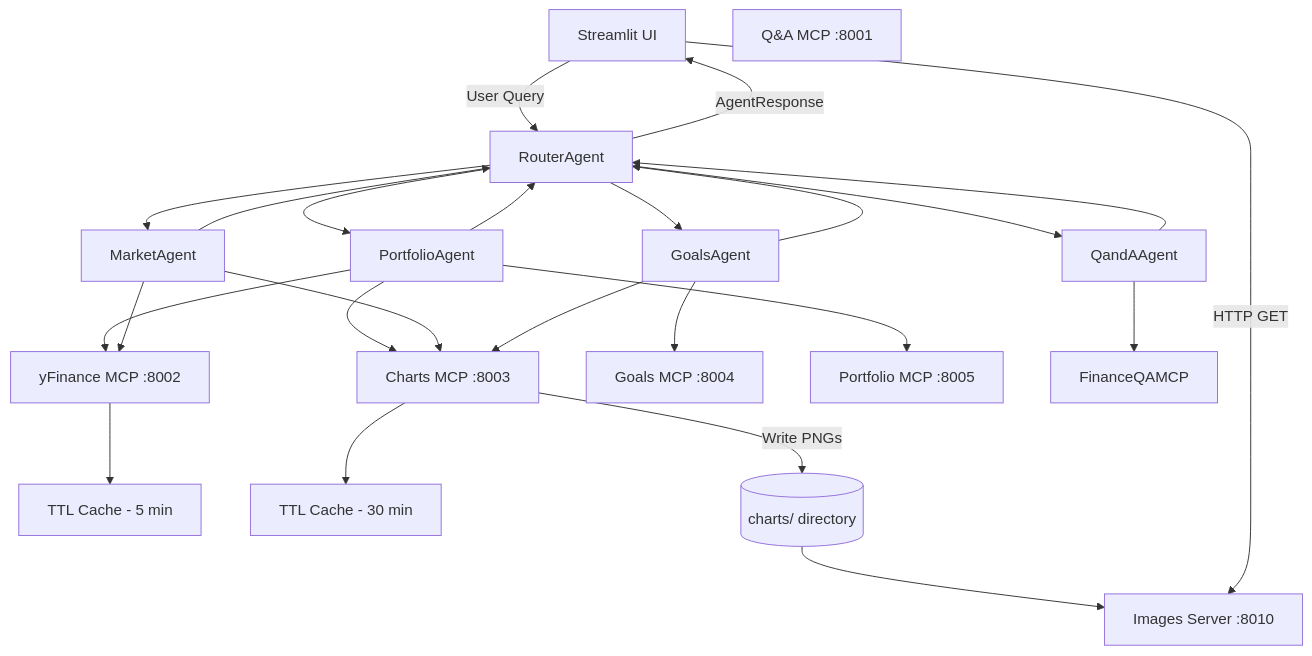
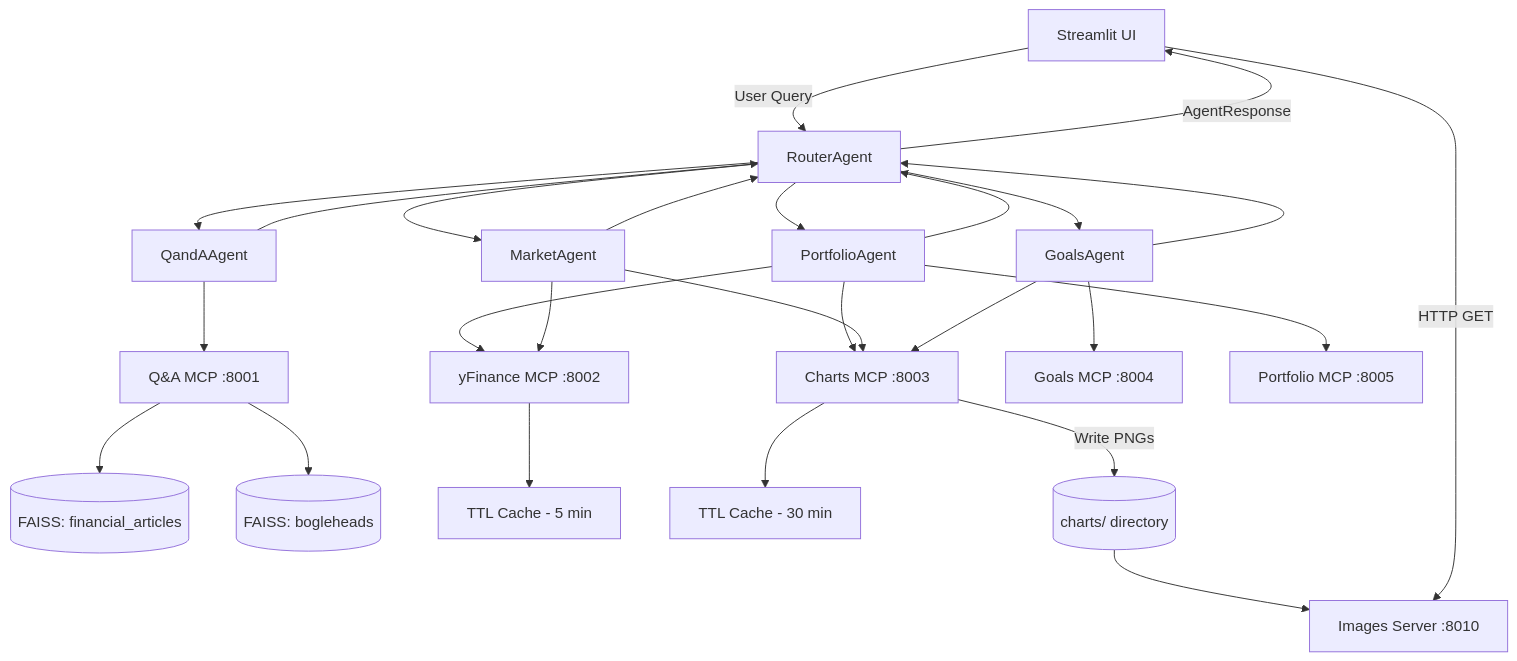
One commit to numberpete/finnie_ai changed the first of 2 diagrams in README.md. Above: the diagram before and after it, drawn with Mermaid. The commit also changed other lines of this file, not shown here.

Commit message:
corrected architecture

````diff
--- a/README.md
+++ b/README.md
@@ -155,55 +155,61 @@
 ```mermaid
 flowchart TB
     UI[Streamlit UI]
     Router[RouterAgent]
     
     PortfolioAgent[PortfolioAgent]
     MarketAgent[MarketAgent]
     GoalsAgent[GoalsAgent]
     QandAAgent[QandAAgent]
     
     QAMCP[Q&A MCP :8001]
     YFinanceMCP[yFinance MCP :8002]
     ChartsMCP[Charts MCP :8003]
     GoalsMCP[Goals MCP :8004]
     PortfolioMCP[Portfolio MCP :8005]
+    
+    FAISS1[(FAISS: financial_articles)]
+    FAISS2[(FAISS: bogleheads)]
     
     YFinanceCache[TTL Cache - 5 min]
     ChartsCache[TTL Cache - 30 min]
     
     ImagesServer[Images Server :8010]
     ChartStorage[(charts/ directory)]
     
     UI -->|User Query| Router
     
     Router --> PortfolioAgent
     Router --> MarketAgent
     Router --> GoalsAgent
     Router --> QandAAgent
     
     PortfolioAgent --> PortfolioMCP
     PortfolioAgent --> YFinanceMCP
     PortfolioAgent --> ChartsMCP
     
     MarketAgent --> YFinanceMCP
     MarketAgent --> ChartsMCP
     
     GoalsAgent --> GoalsMCP
     GoalsAgent --> ChartsMCP
     
-    QandAAgent --> FinanceQAMCP
+    QandAAgent --> QAMCP
+    
+    QAMCP --> FAISS1
+    QAMCP --> FAISS2
     
     YFinanceMCP --> YFinanceCache
     ChartsMCP --> ChartsCache
     
     ChartsMCP -->|Write PNGs| ChartStorage
     ChartStorage --> ImagesServer
     UI -->|HTTP GET| ImagesServer
     
     PortfolioAgent --> Router
     MarketAgent --> Router
     GoalsAgent --> Router
     QandAAgent --> Router
     
     Router -->|AgentResponse| UI
 ```
````
